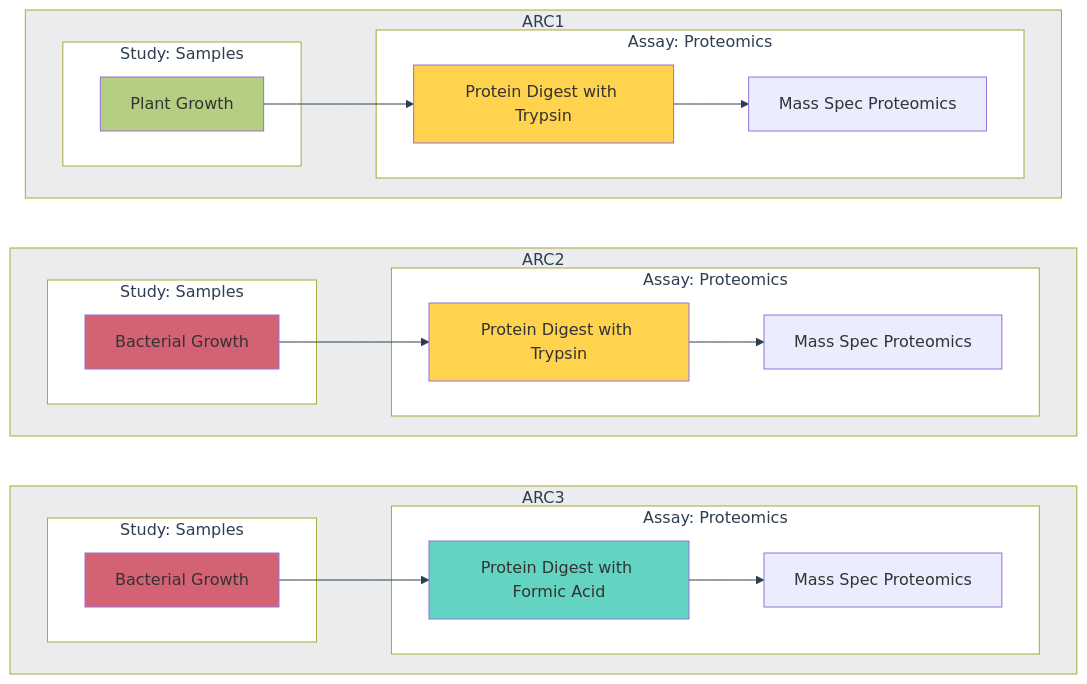
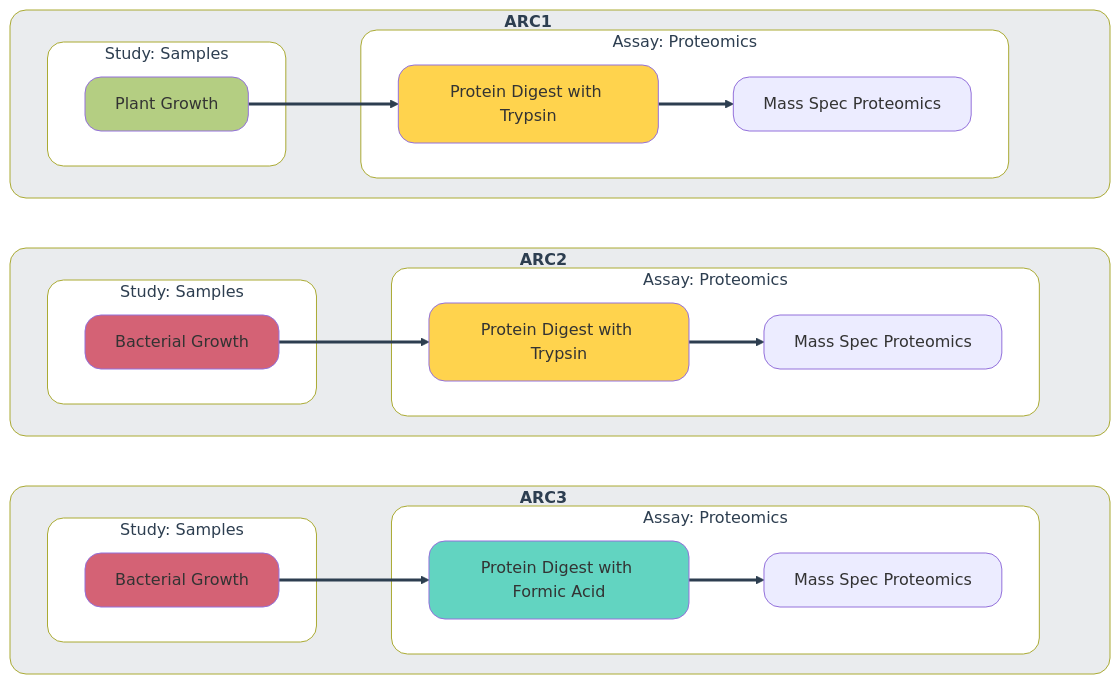
One commit to nfdi4plants/nfdi4plants.knowledgebase changed the diagram in src/content/docs/arctrl/use-cases/create-arc-template.mdx. Above: the diagram before and after it, drawn with Mermaid.

Commit message:
adapt styling

````diff
--- a/src/content/docs/arctrl/use-cases/create-arc-template.mdx
+++ b/src/content/docs/arctrl/use-cases/create-arc-template.mdx
@@ -22,59 +22,60 @@
 ```mermaid
 flowchart LR
   
   subgraph ARC3
     direction LR
     subgraph s3[Study: Samples]
         A31[Bacterial Growth]
     end
     subgraph a3[Assay: Proteomics]
         B31[Protein Digest with Formic Acid]
         B32[Mass Spec Proteomics]
     end
     A31 --> B31
     B31 --> B32
   end
   
   subgraph ARC2
     direction LR
     subgraph s2[Study: Samples]
         A21[Bacterial Growth]
     end
     subgraph a2[Assay: Proteomics]
         B21[Protein Digest with Trypsin]
         B22[Mass Spec Proteomics]
     end
     A21 --> B21
     B21 --> B22
   end
 
   subgraph ARC1
     direction LR
     subgraph s1[Study: Samples]
         A11[Plant Growth]
     end
     subgraph a1[Assay: Proteomics]
         B11[Protein Digest with Trypsin]
         B12[Mass Spec Proteomics]
     end
     A11 --> B11
     B11 --> B12
   end
 
-  linkStyle default stroke: #2D3E50  
+  linkStyle default stroke:#2D3E50,stroke-width:3px;
+  classDef default rx:1em,ry:1em;
 
-  classDef grey fill:#eaecee,color:#2D3E50;
-  classDef white fill:#ffffff,color:#2D3E50;
+  classDef greyBox fill:#eaecee,color:#2D3E50,rx:1em,ry:1em,width:1100px,font-weight:bold,font-size:16px,margin-top:80px;
+  classDef whiteBox fill:#ffffff,color:#2D3E50,rx:1em,ry:1em,margin-top:80px;
   classDef mint fill:#62d4c1;
   classDef yellow fill:#ffd34d;
   classDef olive fill:#b4ce82;
   classDef red30 fill:#D46275;
   
-  class a1,a2,a3,s1,s2,s3 white;
-  class ARC1,ARC2,ARC3 grey;
+  class ARC1,ARC2,ARC3 greyBox;
+  class a1,a2,a3,s1,s2,s3 whiteBox;
   class A11 olive;
   class A21,A31 red30;
   class B11,B21 yellow;
   class B31 mint;
   
 ```
````
